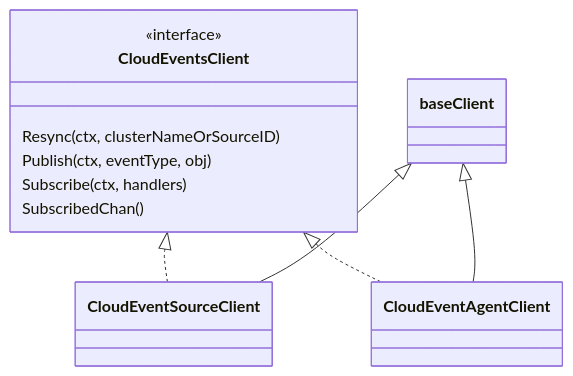
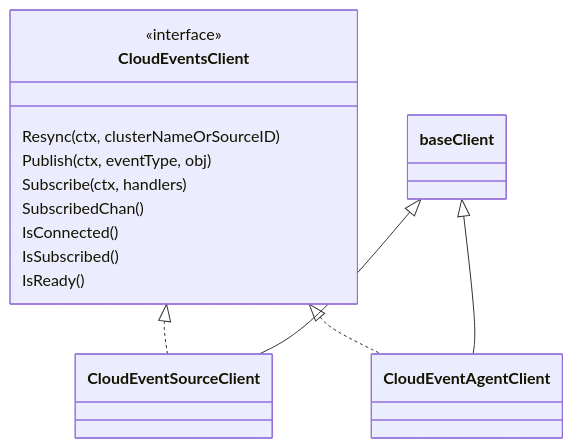
One commit to open-cluster-management-io/sdk-go changed the second of 10 diagrams in pkg/cloudevents/doc/design.md. Above: the diagram before and after it, drawn with Mermaid. The commit also changed 9 other files, not shown here.

````diff
--- a/pkg/cloudevents/doc/design.md
+++ b/pkg/cloudevents/doc/design.md
@@ -79,16 +79,19 @@
 ```mermaid
 classDiagram
 class CloudEventsClient {
     <<interface>>
     Resync(ctx, clusterNameOrSourceID)
     Publish(ctx, eventType, obj)
     Subscribe(ctx, handlers)
     SubscribedChan()
+    IsConnected()
+    IsSubscribed()
+    IsReady()
 }
 
 CloudEventsClient <|.. CloudEventSourceClient
 CloudEventsClient <|.. CloudEventAgentClient
 
 baseClient <|-- CloudEventSourceClient
 baseClient <|-- CloudEventAgentClient
 ```
````
